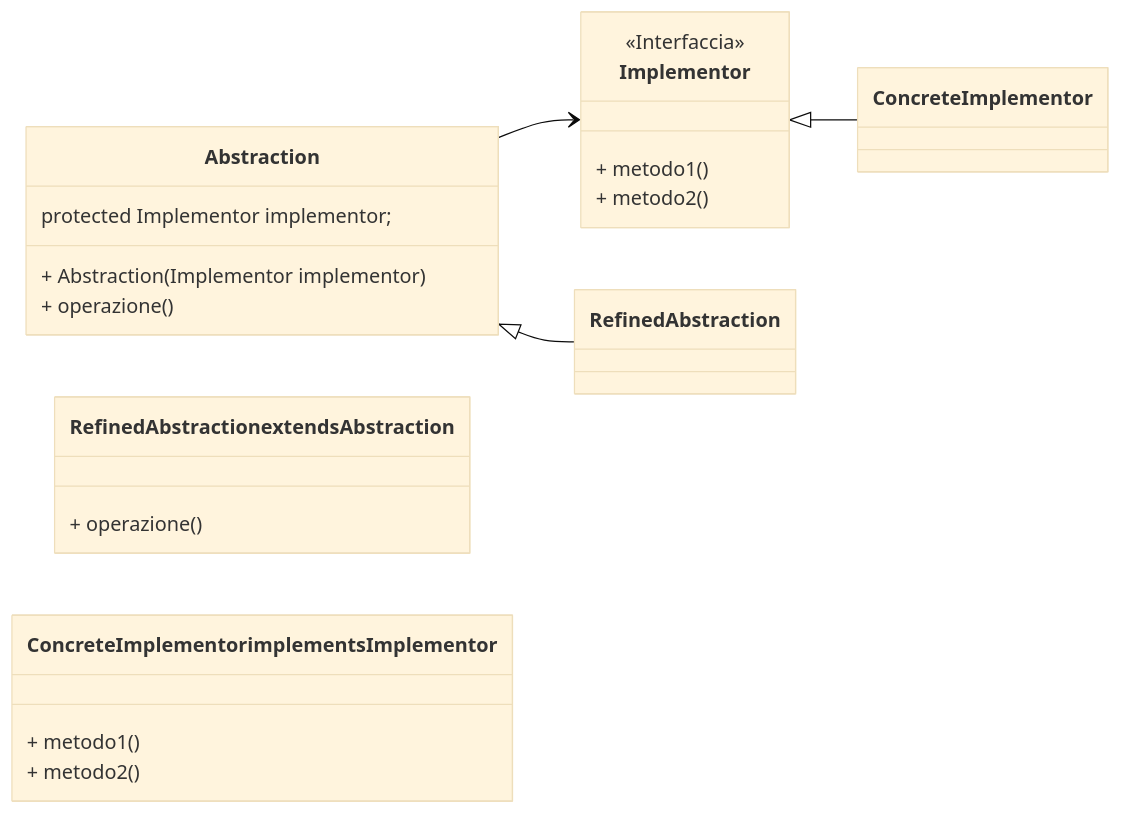
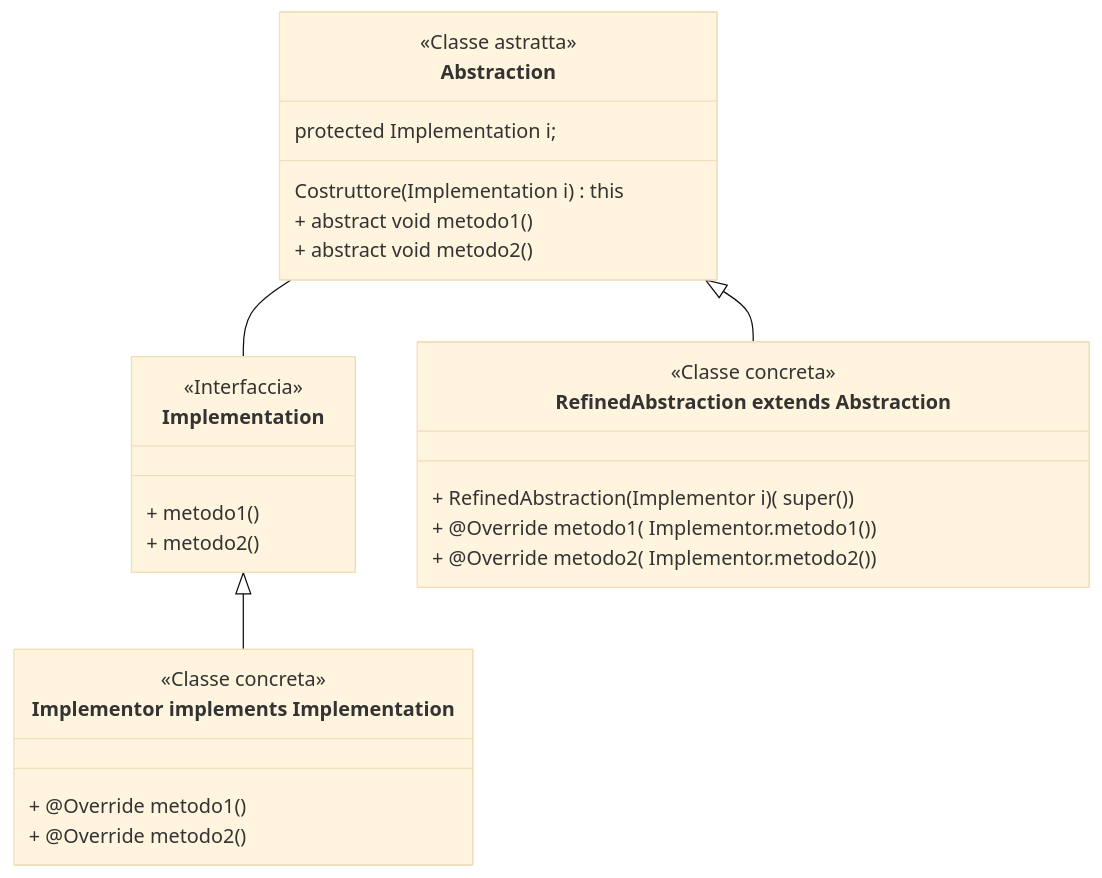
Before and after one commit to comarandr/comarandr.github.io: the sixth of 8 diagrams in universita/oop.md, drawn with Mermaid (base theme). The commit also changed other lines of this file, not shown here.

````diff
--- a/universita/oop.md
+++ b/universita/oop.md
@@ -1017,24 +1025,35 @@
 ```mermaid
+---
+    config:
+        class:
+            hideEmptyMembersBox: true
+---
 classDiagram
-    direction LR
     class Abstraction{
-        protected Implementor implementor;
-        + Abstraction(Implementor implementor)
-        + operazione()
+        <<Classe astratta>>
+        protected Implementation i;
+        Costruttore(Implementation i) this
+        + abstract void metodo1()
+        + abstract void metodo2()
+
     }
-    class Implementor{
+    class Implementation{
         <<Interfaccia>>
         + metodo1()
         + metodo2()
     }
-    class RefinedAbstraction extends Abstraction{
-        + operazione()
+    class `RefinedAbstraction extends Abstraction`{
+        <<Classe concreta>>
+        + RefinedAbstraction(Implementor i)( super() )
+        + @Override metodo1( Implementor.metodo1())
+        + @Override metodo2( Implementor.metodo2())
     }
-    class ConcreteImplementor implements Implementor{
-        + metodo1()
-        + metodo2()
+    class `Implementor implements Implementation`{
+        <<Classe concreta>> 
+        + @Override metodo1()
+        + @Override metodo2()
     }
-    Abstraction --> Implementor
-    Abstraction <|-- RefinedAbstraction
-    Implementor <|-- ConcreteImplementor
+    Abstraction -- Implementation
+    Abstraction <|-- `RefinedAbstraction extends Abstraction`
+    Implementation <|-- `Implementor implements Implementation`
 ```
````
